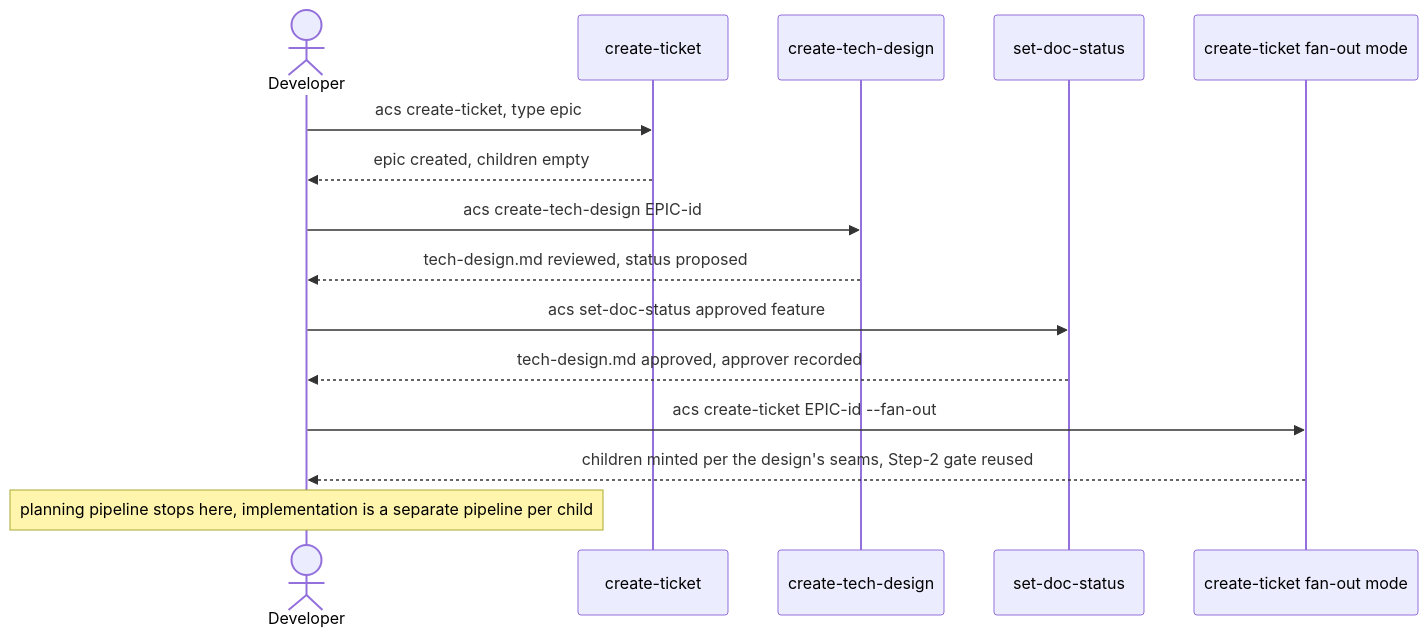
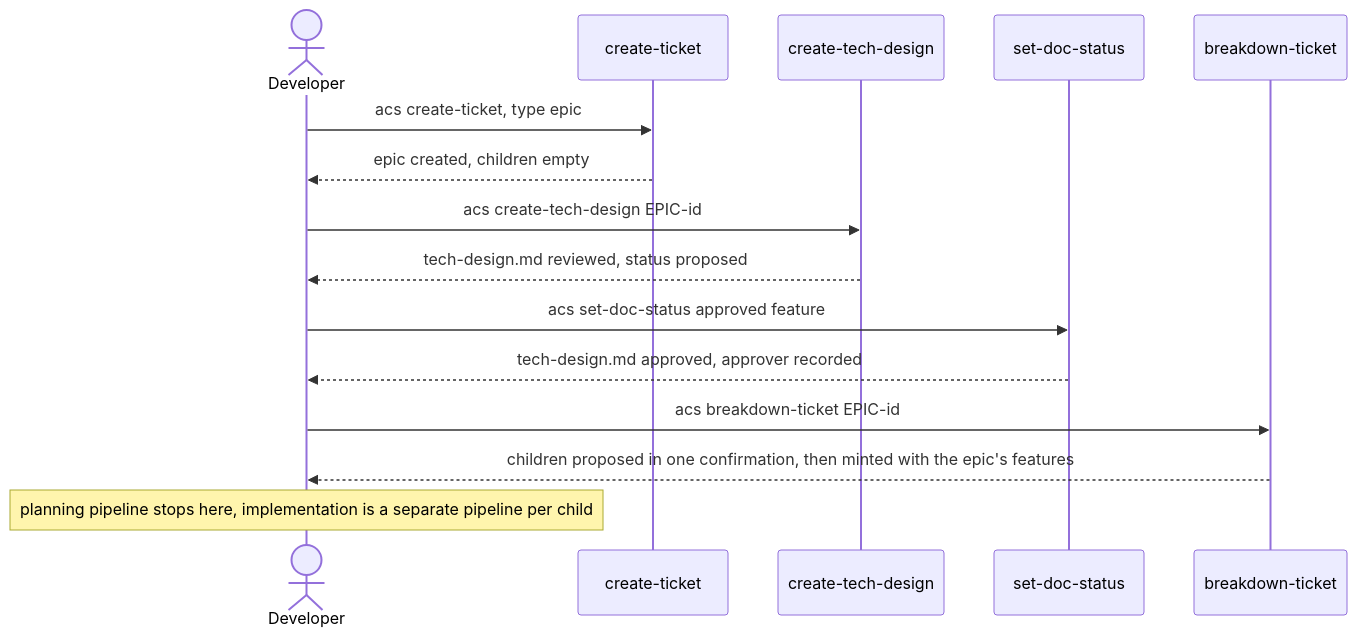
Before and after one commit to globalmindsolution/gms-marketplace: the second of 2 diagrams in docs/architecture/lld/flows/ship-pipeline.md, drawn with Mermaid. The commit also changed other lines of this file and 217 other files, not shown here.

First line of the commit message:
/acs:breakdown-ticket, type-specific ticket authors, and a bug ticket type (ADR-0138)

````diff
--- a/docs/architecture/lld/flows/ship-pipeline.md
+++ b/docs/architecture/lld/flows/ship-pipeline.md
@@ -111,18 +111,18 @@
 ```mermaid
 sequenceDiagram
     actor Dev as Developer
     participant CT as create-ticket
     participant CD as create-tech-design
     participant SDS as set-doc-status
-    participant FO as create-ticket fan-out mode
+    participant FO as breakdown-ticket
 
     Dev->>CT: acs create-ticket, type epic
     CT-->>Dev: epic created, children empty
     Dev->>CD: acs create-tech-design EPIC-id
     CD-->>Dev: tech-design.md reviewed, status proposed
     Dev->>SDS: acs set-doc-status approved feature
     SDS-->>Dev: tech-design.md approved, approver recorded
-    Dev->>FO: acs create-ticket EPIC-id --fan-out
-    FO-->>Dev: children minted per the design's seams, Step-2 gate reused
+    Dev->>FO: acs breakdown-ticket EPIC-id
+    FO-->>Dev: children proposed in one confirmation, then minted with the epic's features
     note over Dev: planning pipeline stops here, implementation is a separate pipeline per child
 ```
````
